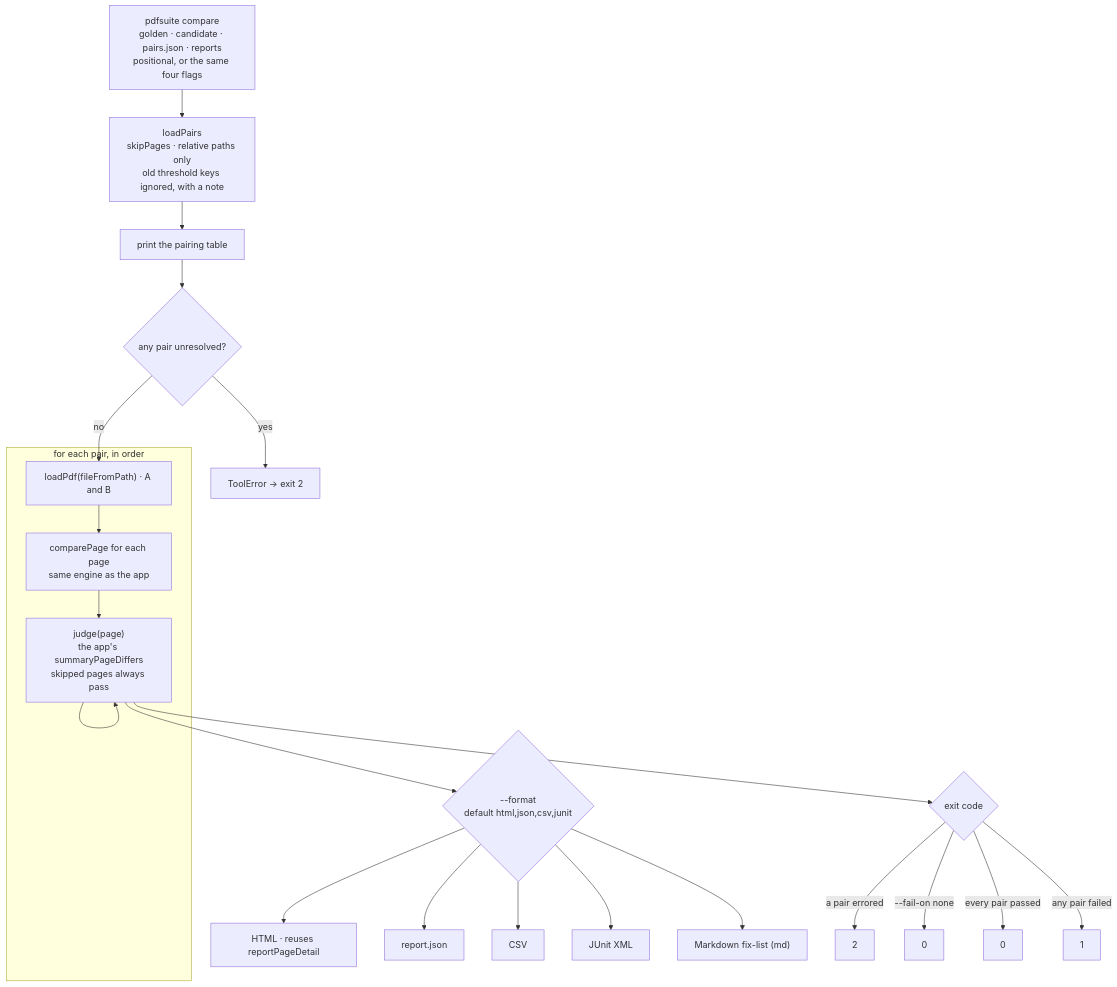
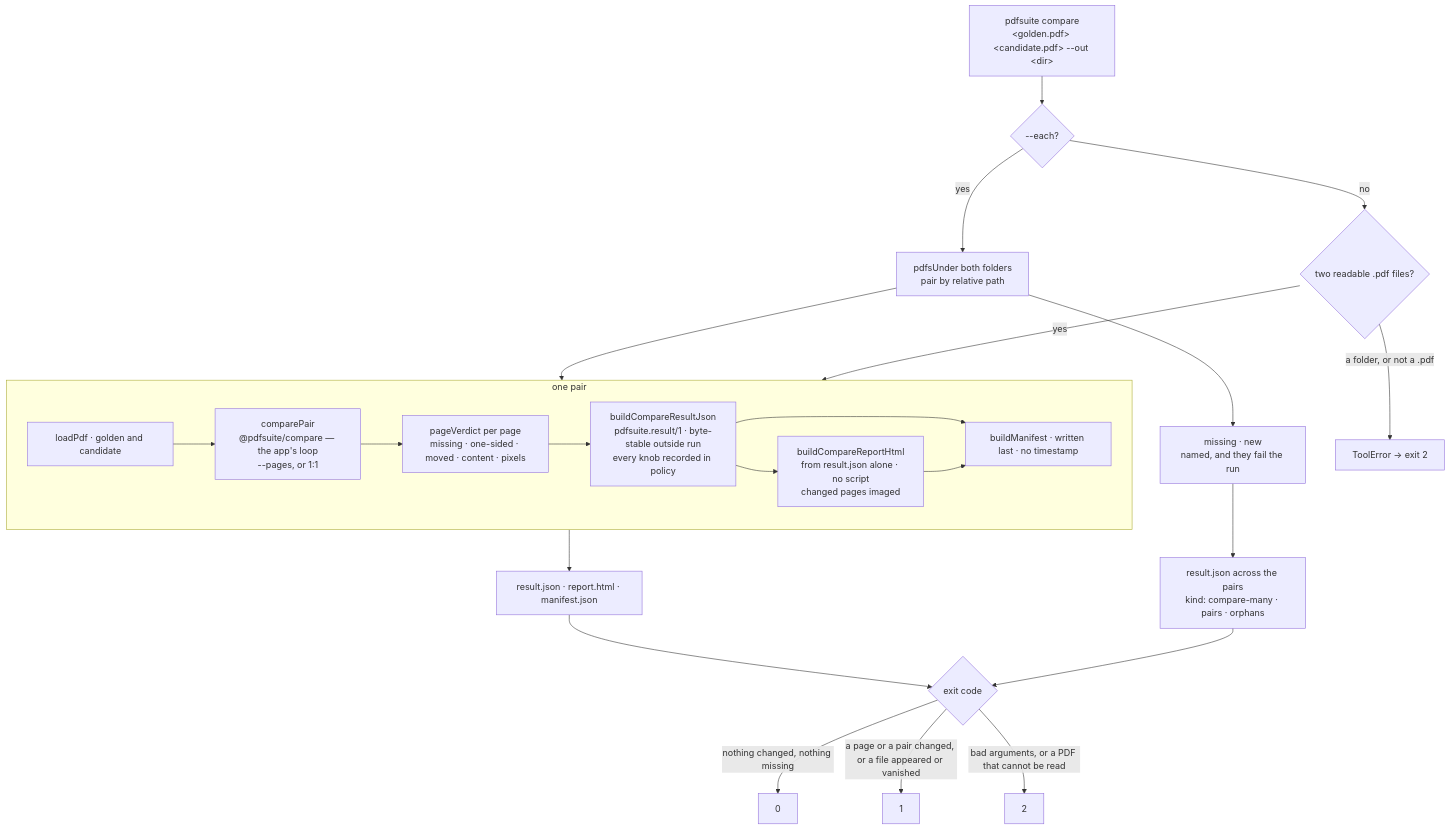
Diagram 17 of 26 in docs/ARCHITECTURE.md (sid4861/pdf-testing-suite), drawn with Mermaid before and after one commit. The commit also changed other lines of this file and 345 other files, not shown here.

````diff
--- a/docs/ARCHITECTURE.md
+++ b/docs/ARCHITECTURE.md
@@ -600,24 +671,26 @@
 ```mermaid
 flowchart TB
-  IN["pdfsuite compare<br/>golden · candidate · pairs.json · reports<br/>positional, or the same four flags"] --> LP["loadPairs<br/>skipPages · relative paths only<br/>old threshold keys ignored, with a note"]
-  LP --> TBL["print the pairing table"]
-  TBL --> PB{"any pair unresolved?"}
-  PB -->|yes| X2A["ToolError → exit 2"]
-  PB -->|no| L1
-  subgraph LOOP["for each pair, in order"]
-    L1["loadPdf(fileFromPath) · A and B"] --> L3["comparePage for each page<br/>same engine as the app"]
-    L3 --> L4["drop RGBA buffers"]
-    L4 --> L4["judge(page)<br/>the app's summaryPageDiffers<br/>skipped pages always pass"]
+  IN["pdfsuite compare<br/>&lt;golden.pdf&gt; &lt;candidate.pdf&gt; --out &lt;dir&gt;"] --> K{"--each?"}
+  K -->|"yes"| E1["pdfsUnder both folders<br/>pair by relative path"]
+  E1 --> E2["missing · new<br/>named, and they fail the run"]
+  E1 --> ONE
+  K -->|"no"| CHK{"two readable .pdf files?"}
+  CHK -->|"a folder, or not a .pdf"| X2["ToolError → exit 2"]
+  CHK -->|"yes"| ONE
+
+  subgraph ONE["one pair"]
+    L1["loadPdf · golden and candidate"] --> L2["comparePair<br/>@pdfsuite/compare — the app's loop<br/>--pages, or 1:1"]
+    L2 --> L3["pageVerdict per page<br/>missing · one-sided · moved · content · pixels"]
+    L3 --> R1["buildCompareResultJson<br/>pdfsuite.result/1 · byte-stable outside run<br/>every knob recorded in policy"]
+    R1 --> R2["buildCompareReportHtml<br/>from result.json alone · no script<br/>changed pages imaged"]
+    R1 & R2 --> R3["buildManifest · written last · no timestamp"]
   end
-  L4 --> FMT{"--format<br/>default html,json,csv,junit"}
-  FMT --> H["HTML · reuses reportPageDetail"]
-  FMT --> J["report.json"]
-  FMT --> C["CSV"]
-  FMT --> JU["JUnit XML"]
-  FMT --> MD["Markdown fix-list (md)"]
-  L4 --> EX{"exit code"}
-  EX -->|"a pair errored"| X2["2"]
-  EX -->|"--fail-on none"| X0["0"]
-  EX -->|"every pair passed"| X0B["0"]
-  EX -->|"any pair failed"| X1["1"]
+
+  ONE --> OUT["result.json · report.html · manifest.json"]
+  E2 --> SUM["result.json across the pairs<br/>kind: compare-many · pairs · orphans"]
+  OUT --> EX{"exit code"}
+  SUM --> EX
+  EX -->|"nothing changed, nothing missing"| X0["0"]
+  EX -->|"a page or a pair changed, or a file appeared or vanished"| X1["1"]
+  EX -->|"bad arguments, or a PDF that cannot be read"| X2B["2"]
 ```
````
